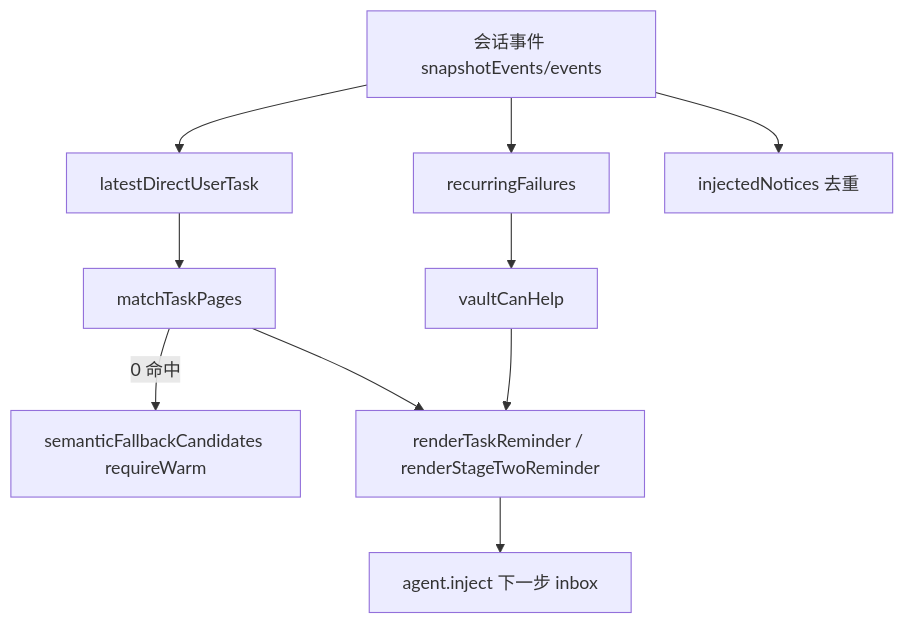
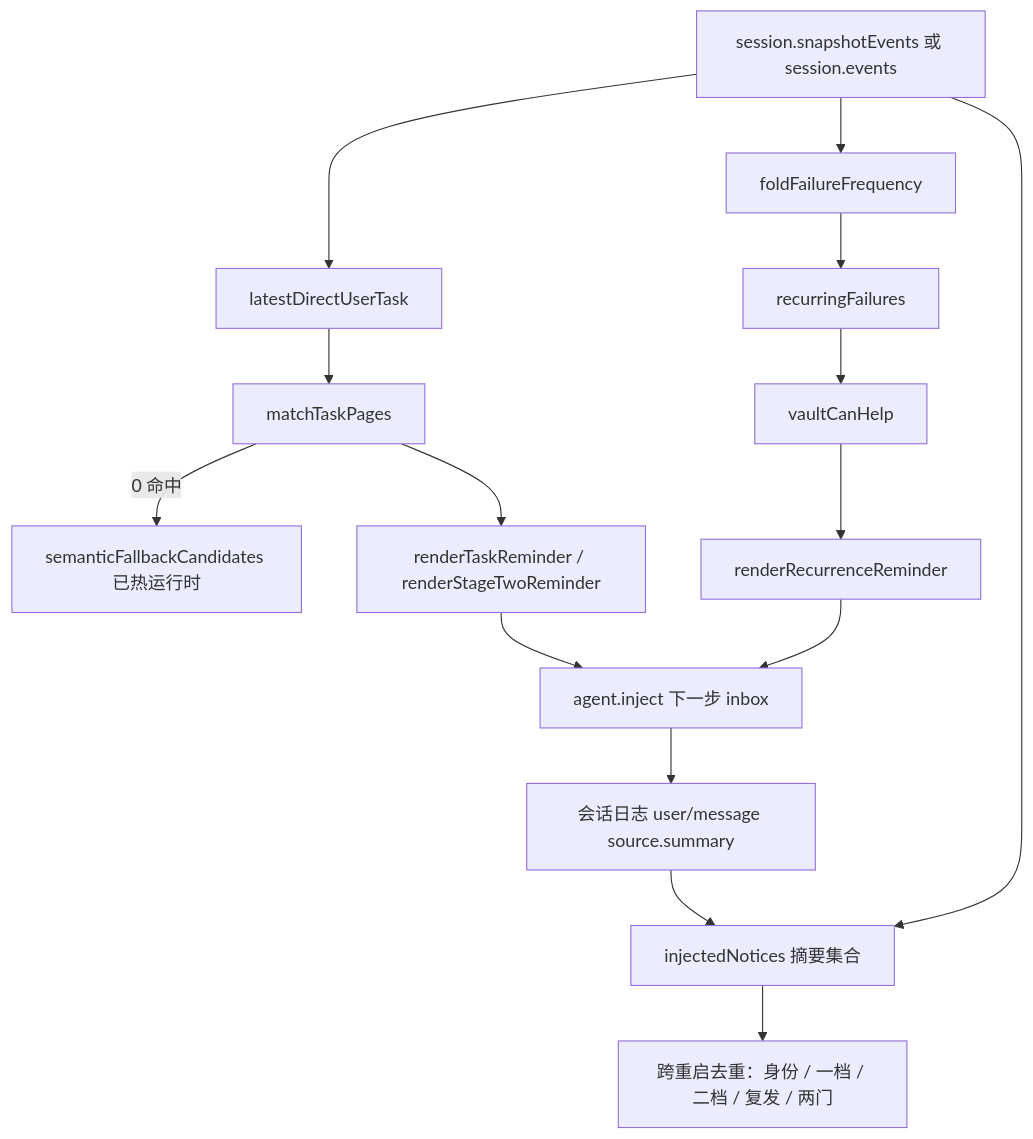
One commit to yangdongzhen590/dsh-knj-obsidian changed the second of 2 diagrams in .wiki/projects/capability-主动触发层.md. Above: the diagram before and after it, drawn with Mermaid. The commit also changed other lines of this file and 40 other files, not shown here.

````diff
--- a/.wiki/projects/capability-主动触发层.md
+++ b/.wiki/projects/capability-主动触发层.md
@@ -193,12 +251,17 @@
 ```mermaid
 graph TD
-  A[会话事件 snapshotEvents/events] --> B[latestDirectUserTask]
-  A --> C[recurringFailures]
-  A --> D[injectedNotices 去重]
-  B --> E[matchTaskPages]
-  E -->|0 命中| F[semanticFallbackCandidates requireWarm]
-  E --> G[renderTaskReminder / renderStageTwoReminder]
-  C --> H[vaultCanHelp]
-  H --> G
-  G --> I[agent.inject 下一步 inbox]
+  A["session.snapshotEvents 或 session.events"] --> B["latestDirectUserTask"]
+  A --> C["foldFailureFrequency"]
+  A --> D["injectedNotices 摘要集合"]
+  D --> E["跨重启去重：身份 / 一档 / 二档 / 复发 / 两门"]
+  B --> F["matchTaskPages"]
+  F -->|"0 命中"| G["semanticFallbackCandidates 已热运行时"]
+  F --> H["renderTaskReminder / renderStageTwoReminder"]
+  C --> I["recurringFailures"]
+  I --> J["vaultCanHelp"]
+  J --> K["renderRecurrenceReminder"]
+  H --> L["agent.inject 下一步 inbox"]
+  K --> L
+  L --> M["会话日志 user/message source.summary"]
+  M --> D
 ```
````
